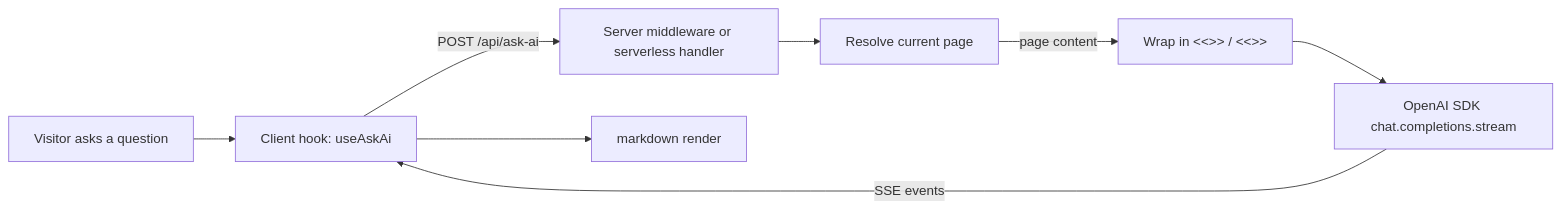
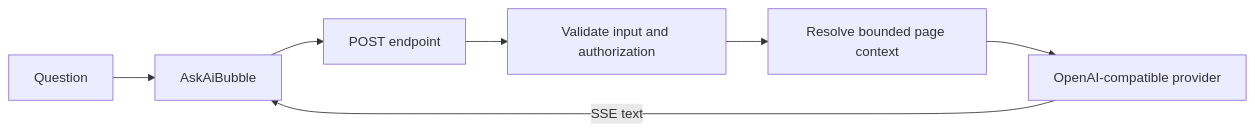
One commit to bolt-docs/boltdocs changed the diagram in docs/docs/(plugins)/content/plugin-ask-ai.mdx. Above: the diagram before and after it, drawn with Mermaid. The commit also changed other lines of this file and 133 other files, not shown here.

Commit message:
chore: checkpoint 3.4 performance and migration roadmap

````diff
--- a/docs/docs/(plugins)/content/plugin-ask-ai.mdx
+++ b/docs/docs/(plugins)/content/plugin-ask-ai.mdx
@@ -20,10 +16,9 @@
 ```mermaid
 flowchart LR
-  A[Visitor asks a question] --> B[Client hook: useAskAi]
-  B -->|POST /api/ask-ai| C[Server middleware or serverless handler]
-  C --> D[Resolve current page]
-  D -->|page content| E[Wrap in <<<DOCS_START>>> / <<<DOCS_END>>>]
-  E --> F[OpenAI SDK chat.completions.stream]
-  F -->|SSE events| B
-  B --> G[<Streamdown> markdown render]
+  A[Question] --> B[AskAiBubble]
+  B --> C[POST endpoint]
+  C --> D[Validate input and authorization]
+  D --> E[Resolve bounded page context]
+  E --> F[OpenAI-compatible provider]
+  F -->|SSE text| B
 ```
````
